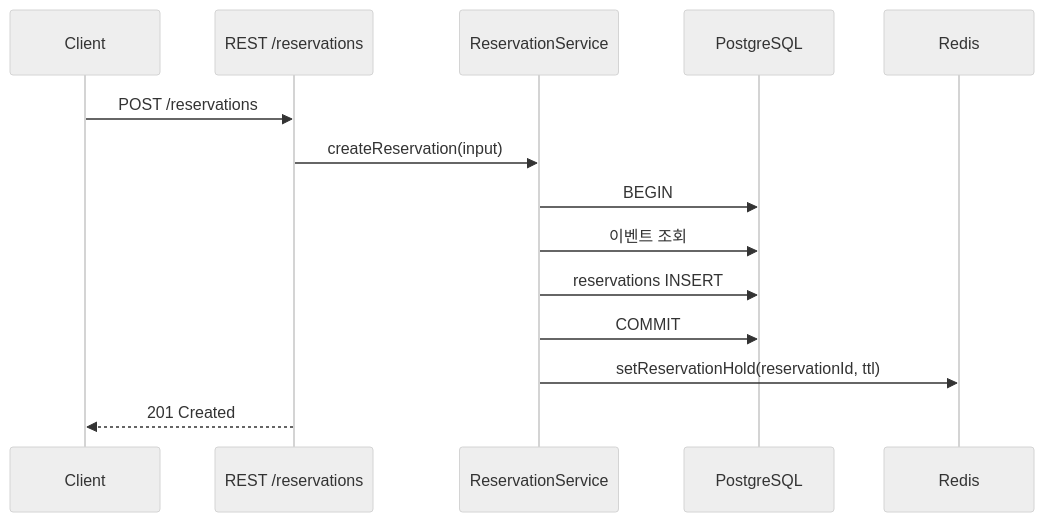
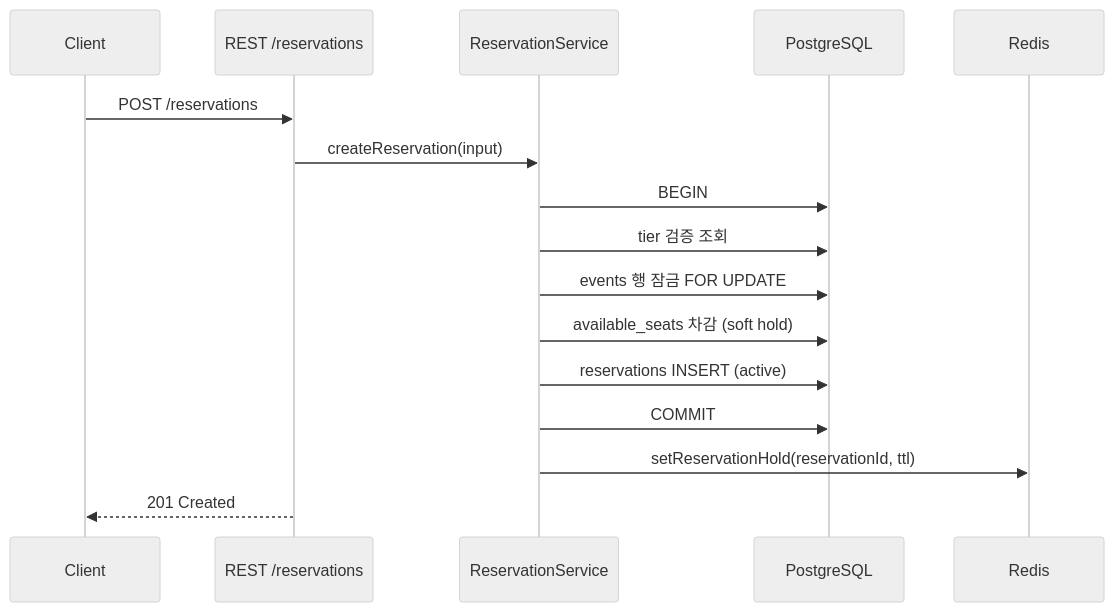
Before and after one commit to dosacha/PeakPass: the third of 5 diagrams in docs/ARCHITECTURE_DIAGRAMS.md, drawn with Mermaid (neutral theme). The commit also changed other lines of this file and 6 other files, not shown here.

````diff
--- a/docs/ARCHITECTURE_DIAGRAMS.md
+++ b/docs/ARCHITECTURE_DIAGRAMS.md
@@ -61,17 +61,19 @@
 ```mermaid
 sequenceDiagram
     participant C as Client
     participant API as REST /reservations
     participant S as ReservationService
     participant PG as PostgreSQL
     participant R as Redis
 
     C->>API: POST /reservations
     API->>S: createReservation(input)
     S->>PG: BEGIN
-    S->>PG: 이벤트 조회
-    S->>PG: reservations INSERT
+    S->>PG: tier 검증 조회
+    S->>PG: events 행 잠금 FOR UPDATE
+    S->>PG: available_seats 차감 (soft hold)
+    S->>PG: reservations INSERT (active)
     S->>PG: COMMIT
     S->>R: setReservationHold(reservationId, ttl)
     API-->>C: 201 Created
 ```
````
